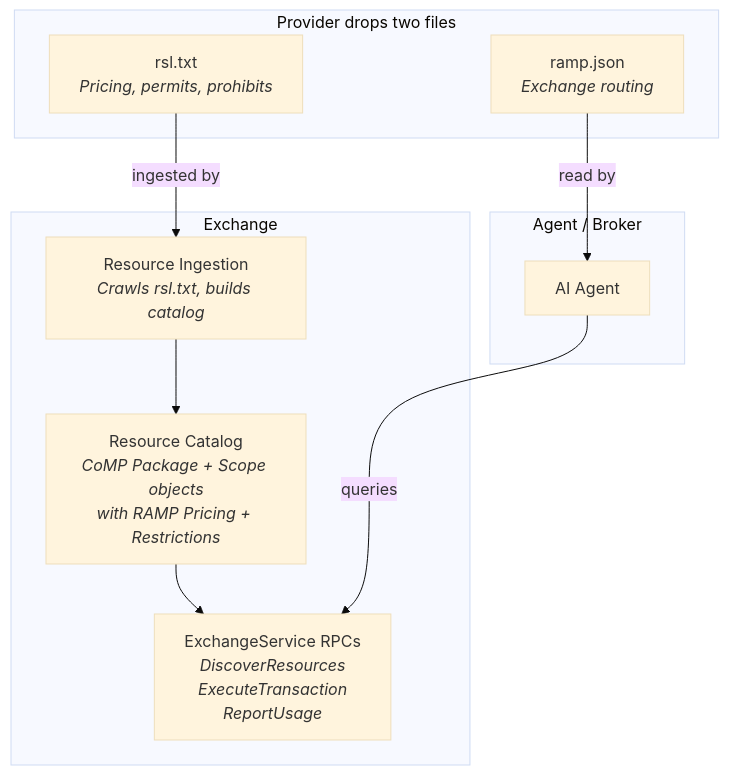
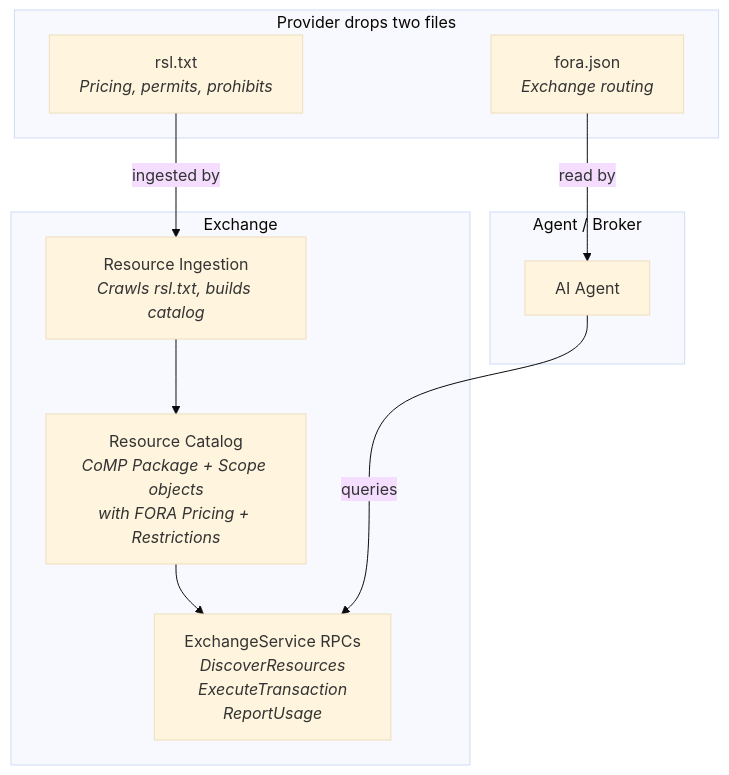
Before and after one commit to FORA-Protocol/protocol: the first of 2 diagrams in website/src/content/docs/protocol/standards-layering.mdx, drawn with Mermaid (base theme). The commit also changed other lines of this file and 529 other files, not shown here.

First line of the commit message:
Rename the protocol from RAMP to FORA

````diff
--- a/website/src/content/docs/protocol/standards-layering.mdx
+++ b/website/src/content/docs/protocol/standards-layering.mdx
@@ -40,23 +40,23 @@
 ```mermaid
 graph TB
     subgraph "Provider drops two files"
         RSL["rsl.txt<br/><i>Pricing, permits, prohibits</i>"]
-        PJ["ramp.json<br/><i>Exchange routing</i>"]
+        PJ["fora.json<br/><i>Exchange routing</i>"]
     end
 
     subgraph "Exchange"
         Ingest["Resource Ingestion<br/><i>Crawls rsl.txt, builds catalog</i>"]
-        Catalog["Resource Catalog<br/><i>CoMP Package + Scope objects<br/>with RAMP Pricing + Restrictions</i>"]
+        Catalog["Resource Catalog<br/><i>CoMP Package + Scope objects<br/>with FORA Pricing + Restrictions</i>"]
         RPC["ExchangeService RPCs<br/><i>DiscoverResources<br/>ExecuteTransaction<br/>ReportUsage</i>"]
     end
 
     subgraph "Agent / Broker"
         Agent["AI Agent"]
     end
 
     RSL -->|ingested by| Ingest
     Ingest --> Catalog
     Catalog --> RPC
     PJ -->|read by| Agent
     Agent -->|queries| RPC
 ```
````
